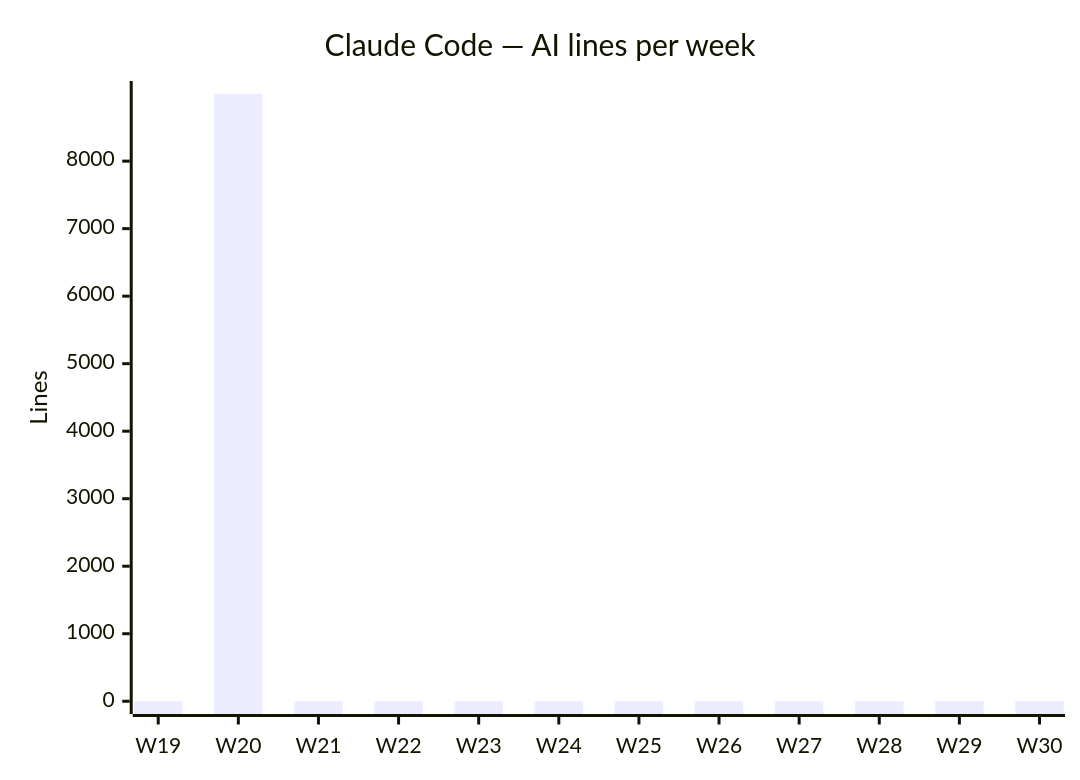
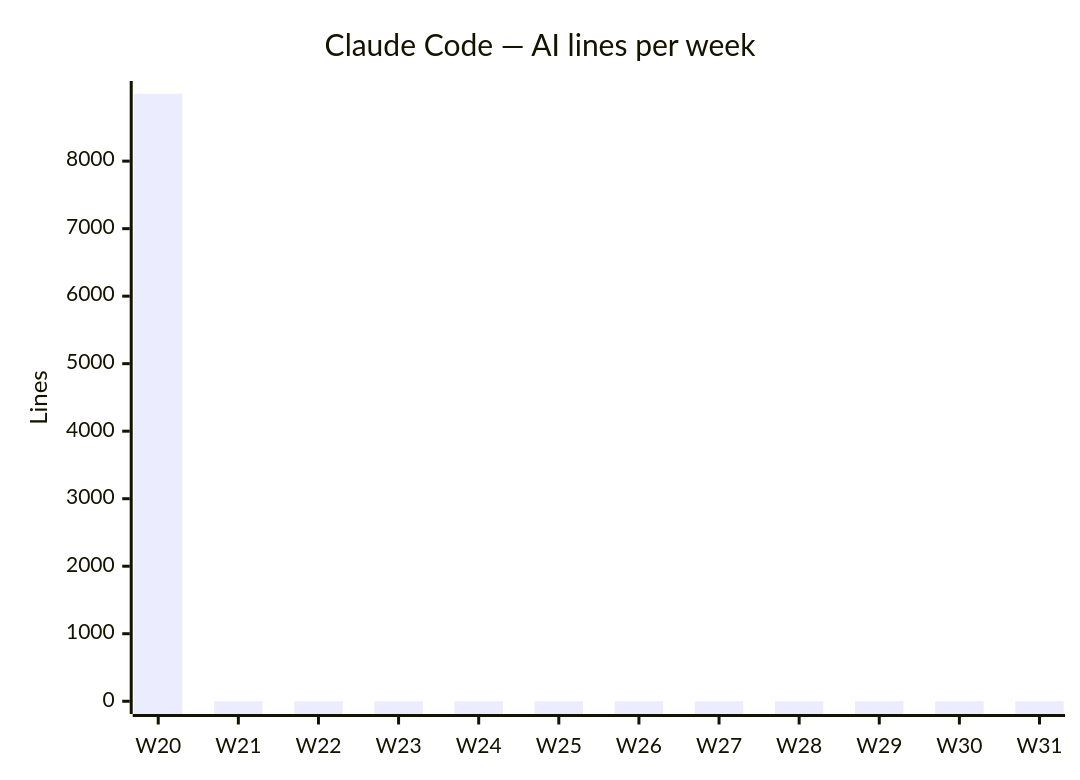
One commit to fromwaydowntown/ai-use changed the second of 4 diagrams in docs/AI_USAGE.md. Above: the diagram before and after it, drawn with Mermaid. The commit also changed other lines of this file, not shown here.

````diff
--- a/docs/AI_USAGE.md
+++ b/docs/AI_USAGE.md
@@ -29,7 +29,7 @@
 ```mermaid
 xychart-beta
     title "Claude Code — AI lines per week"
-    x-axis ["W19", "W20", "W21", "W22", "W23", "W24", "W25", "W26", "W27", "W28", "W29", "W30"]
+    x-axis ["W20", "W21", "W22", "W23", "W24", "W25", "W26", "W27", "W28", "W29", "W30", "W31"]
     y-axis "Lines"
-    bar [0, 8998, 0, 0, 0, 0, 0, 0, 0, 0, 0, 0]
+    bar [8998, 0, 0, 0, 0, 0, 0, 0, 0, 0, 0, 0]
 ```
````
